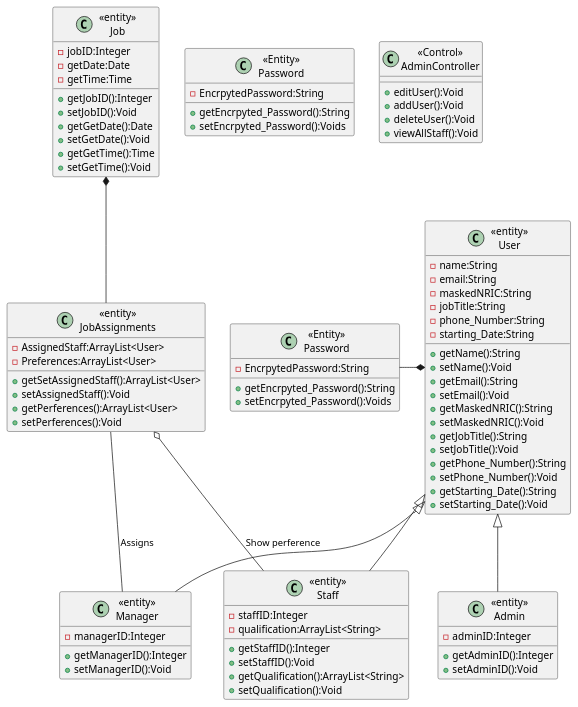
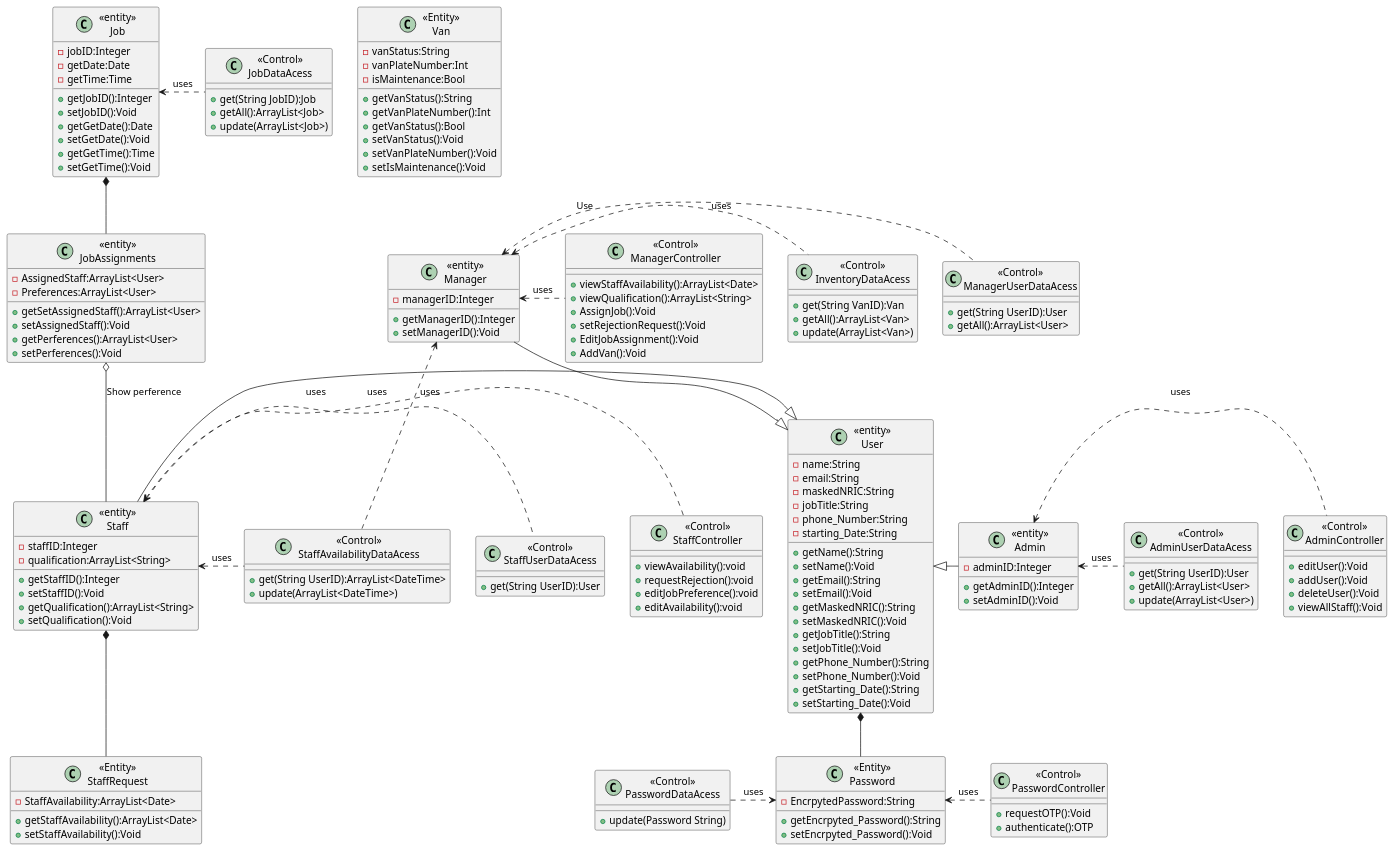
One commit to tryhardlaijun/Y2Trim1SoftEngPlantUml changed the diagram in 2101/M2Class copy.Plantuml. Above: the diagram before and after it, drawn with PlantUML. The commit also changed 2 other files, not shown here.

```diff
--- a/2101/M2Class copy.Plantuml
+++ b/2101/M2Class copy.Plantuml
@@ -1,100 +1,184 @@
 @startuml
 
 class User as "<<entity>>\nUser"{
  -name:String
  -email:String
  -maskedNRIC:String
  -jobTitle:String
  -phone_Number:String
  -starting_Date:String
  +getName():String
  +setName():Void
  +getEmail():String
  +setEmail():Void
  +getMaskedNRIC():String
 +setMaskedNRIC():Void
  +getJobTitle():String
  +setJobTitle():Void
  +getPhone_Number():String
  +setPhone_Number():Void
  +getStarting_Date():String
  +setStarting_Date():Void
 }
 
 class Staff as "<<entity>>\nStaff"{
  -staffID:Integer
  +getStaffID():Integer
  +setStaffID():Void
  -qualification:ArrayList<String>
  +getQualification():ArrayList<String>
  +setQualification():Void
 }
 
 class Admin as "<<entity>>\nAdmin"{
  -adminID:Integer
  +getAdminID():Integer
  +setAdminID():Void
 }
 
 class Manager as "<<entity>>\nManager"{
  -managerID:Integer
  +getManagerID():Integer
  +setManagerID():Void
 }
 
 class Job as "<<entity>>\nJob" {
  -jobID:Integer
  -getDate:Date
  -getTime:Time
  +getJobID():Integer
  +setJobID():Void
  +getGetDate():Date
  +setGetDate():Void
  +getGetTime():Time
  +setGetTime():Void
 
 }
 
+class Van as "<<Entity>>\nVan"{
+-vanStatus:String
+-vanPlateNumber:Int
+-isMaintenance:Bool
++getVanStatus():String
++getVanPlateNumber():Int
++getVanStatus():Bool
++setVanStatus():Void
++setVanPlateNumber():Void
++setIsMaintenance():Void
+}
+
 class JobAssignments as "<<entity>>\nJobAssignments"
 {
    -AssignedStaff:ArrayList<User>
    -Preferences:ArrayList<User>
    +getSetAssignedStaff():ArrayList<User>
    +setAssignedStaff():Void
    +getPerferences():ArrayList<User>
    +setPerferences():Void
 }
 class Password as "<<Entity>>\nPassword"{
   -EncrpytedPassword:String
   +getEncrpyted_Password():String
-  +setEncrpyted_Password():Voids
+  +setEncrpyted_Password():Void
 }
-class StaffAvailability as "<<Entity>>\nPassword"{
-  -EncrpytedPassword:String
-  +getEncrpyted_Password():String
-  +setEncrpyted_Password():Voids
+class StaffAvailability as "<<Entity>>\nStaffRequest"{
+  -StaffAvailability:ArrayList<Date>
+  +getStaffAvailability():ArrayList<Date>
+  +setStaffAvailability():Void
 }
 
 'Controller' class
 class AdminController as "<<Control>>\nAdminController"{
  +editUser():Void
  +addUser():Void
  +deleteUser():Void
  +viewAllStaff():Void
 }
+class ManagerController as "<<Control>>\nManagerController"{
+  +viewStaffAvailability():ArrayList<Date>
+  +viewQualification():ArrayList<String>
+  +AssignJob():Void
+  +setRejectionRequest():Void
+  +EditJobAssignment():Void
+  +AddVan():Void
+}
+class StaffController as "<<Control>>\nStaffController"{
+ +viewAvailability():void
+ +requestRejection():void
+ +editJobPreference():void
+ +editAvailability():void
+}
+class PasswordController as "<<Control>>\nPasswordController"{
+  +requestOTP():Void
+  +authenticate():OTP
+}
 
 
+' Data Access Object
+class AdminUserDataAcess as "<<Control>>\nAdminUserDataAcess"{
+  +get(String UserID):User
+  +getAll():ArrayList<User>
+  +update(ArrayList<User>)
+  
+}
+class ManagerUserDataAcess as "<<Control>>\nManagerUserDataAcess"{
+  +get(String UserID):User
+  +getAll():ArrayList<User>
+  
+}
+class StaffUserDataAcess as "<<Control>>\nStaffUserDataAcess"{
+  +get(String UserID):User
+}
+class JobDataAcess as "<<Control>>\nJobDataAcess"{
+  +get(String JobID):Job
+  +getAll():ArrayList<Job>
+  +update(ArrayList<Job>)
+  
+}
+class PasswordDataAcess as "<<Control>>\nPasswordDataAcess"{
+  +update(Password String)
+}
+class InventoryDataAcess as "<<Control>>\nInventoryDataAcess"{
+  +get(String VanID):Van
+  +getAll():ArrayList<Van>
+  +update(ArrayList<Van>)
+  
+}
+class StaffAvailabilityDataAcess as "<<Control>>\nStaffAvailabilityDataAcess"{
+  +get(String UserID):ArrayList<DateTime>
+  +update(ArrayList<DateTime>)
+  
+}
 ' Inheritance
-User <|-- Staff
-User <|-- Manager
-User <|-- Admin
+User <|-l- Staff
+User <|-u- Manager
+User <|- Admin
+
+'Association
+
 
 'Aggregation
-JobAssignments -- Manager : Assigns
 JobAssignments o-- Staff : Show perference
+Staff *-- StaffAvailability
 
 ' Composite
-User *-l- Password
+User *-- Password
 Job *-- JobAssignments
 
+' Dependency
+Admin <. AdminController : uses
+Manager <. ManagerController : uses
+Staff <. StaffController : uses
+Password <. PasswordController : uses
+
+'Dependency DataAcess
+Job <. JobDataAcess : uses
+Manager <. StaffAvailabilityDataAcess : uses
+Staff <. StaffAvailabilityDataAcess : uses
+Manager <. ManagerUserDataAcess :Use
+Staff <. StaffUserDataAcess : uses
+Admin <. AdminUserDataAcess : uses
+Manager <. InventoryDataAcess : uses
+Password <.l. PasswordDataAcess : uses
+
 @enduml
```
